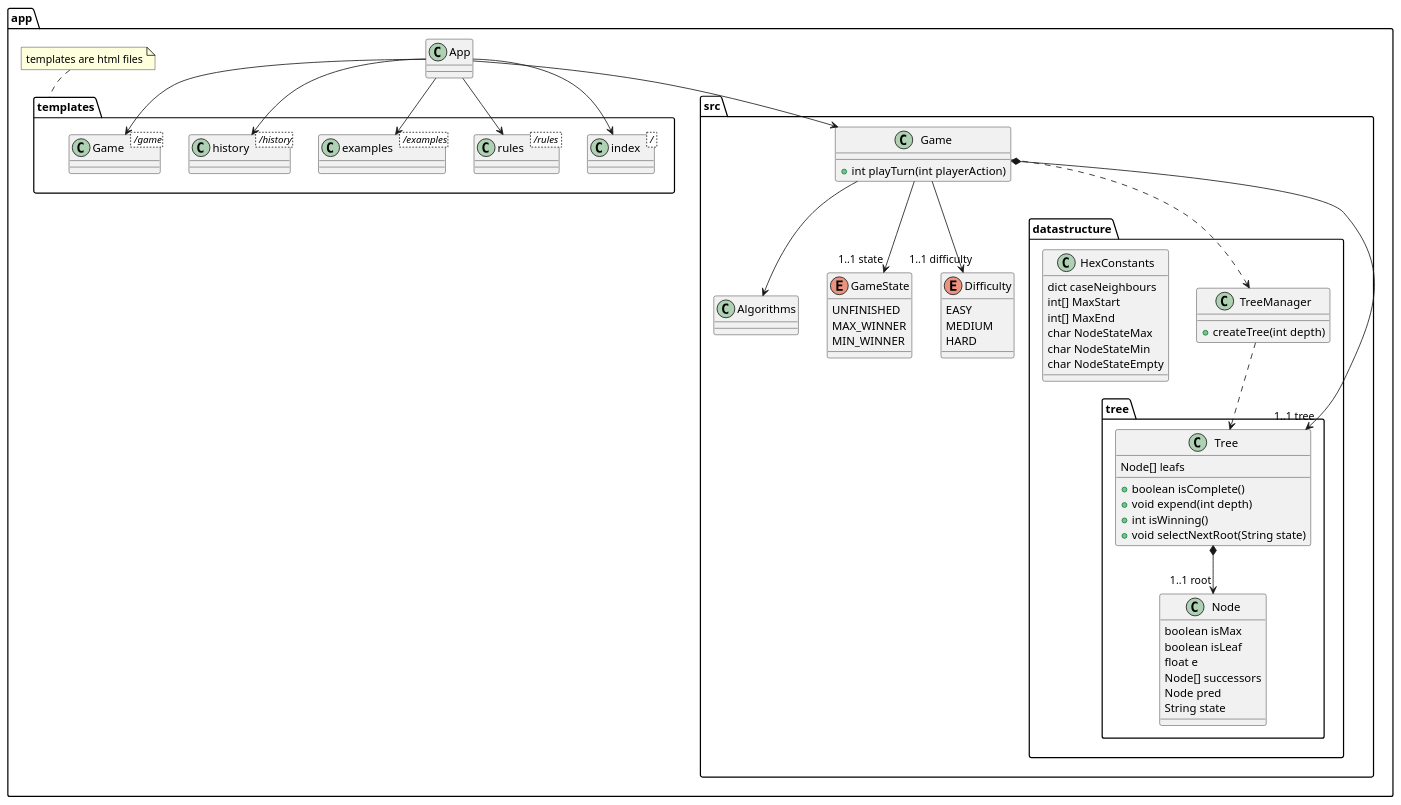
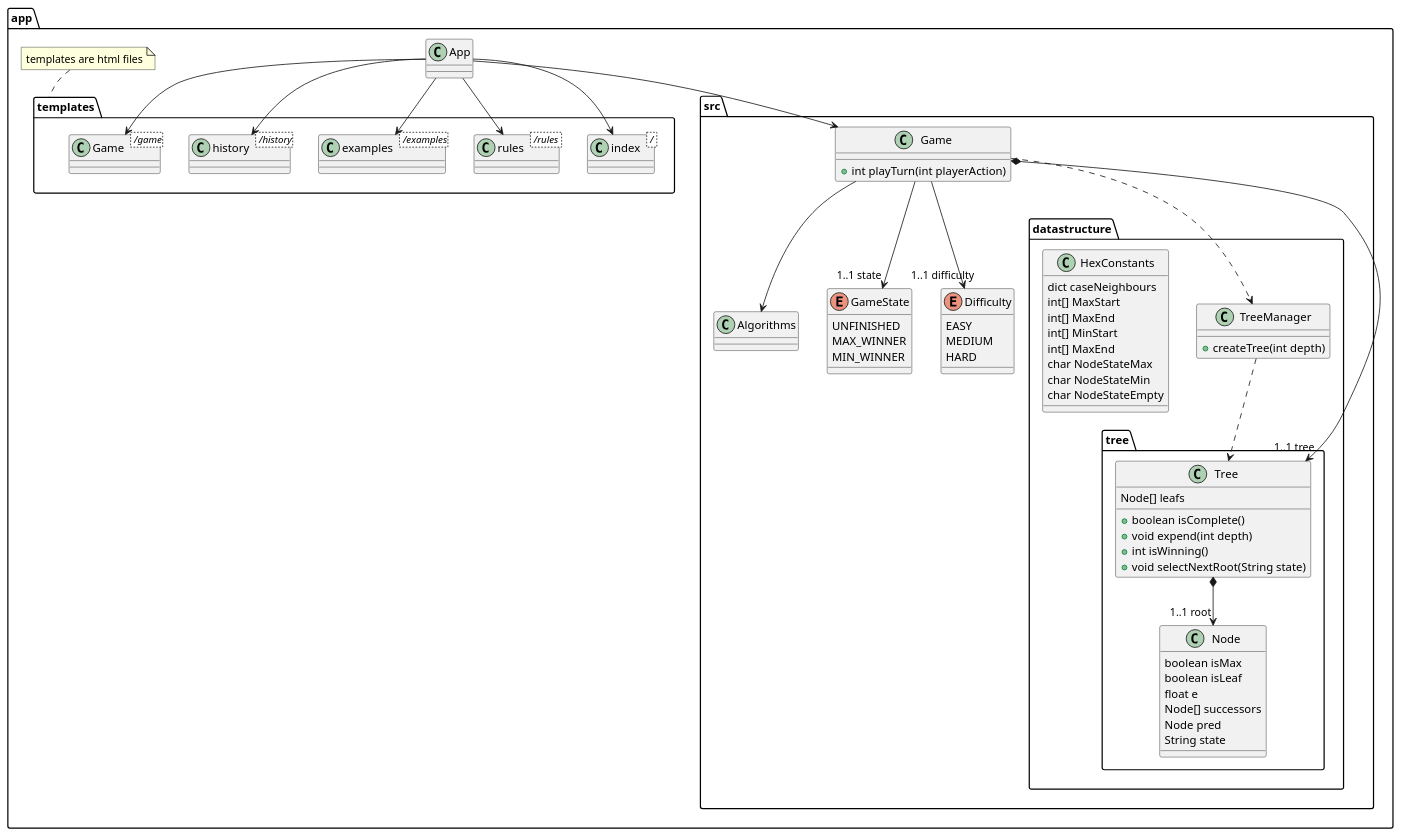
Before and after one commit to Lucy-Nightgold/Hex: the diagram in diagram.puml, drawn with PlantUML.

Commit message:
updated UML diagram 1.2

```diff
--- a/diagram.puml
+++ b/diagram.puml
@@ -1,103 +1,105 @@
 @startuml
 'https://plantuml.com/class-diagram
 
 package app {
 
     class App
 
     package templates {
 
         class index< <U+002F> >
 
         class rules < <U+002F>rules >
 
         class examples < <U+002F>examples>
 
         class history < <U+002F>history>
 
         class Game < <U+002F>game>
 
         App --> index
         App --> rules
         App --> examples
         App --> history
         App --> Game
     }
 
     note top of templates: templates are html files
 
     package src {
 
         class Game {
             + int playTurn(int playerAction)
         }
 
         class Algorithms {
         }
 
         package datastructure {
 
             package tree {
 
                 class Tree {
                     Node[] leafs
                     + boolean isComplete()
                     + void expend(int depth)
                     + int isWinning()
                     + void selectNextRoot(String state)
                 }
 
                 class Node {
                     boolean isMax
                     boolean isLeaf
                     float e
                     Node[] successors
                     Node pred
                     String state
                 }
 
                 Tree *--> "1..1 root" Node
             }
 
             class TreeManager {
                 + createTree(int depth)
             }
 
             class HexConstants {
                 dict caseNeighbours
                 int[] MaxStart
                 int[] MaxEnd
+                int[] MinStart
+                int[] MaxEnd
                 char NodeStateMax
                 char NodeStateMin
                 char NodeStateEmpty
             }
 
             TreeManager ..> Tree
 
         }
 
         Game ..> TreeManager
         Game --> Algorithms
         Game --> "1..1 state" GameState
         Game *--> "1..1 tree" Tree
         Game --> "1..1 difficulty" Difficulty
 
         enum GameState {
             UNFINISHED
             MAX_WINNER
             MIN_WINNER
         }
 
         enum Difficulty {
             EASY
             MEDIUM
             HARD
         }
 
     }
 
     App --> src.Game
 
 }
 
 @enduml
```
